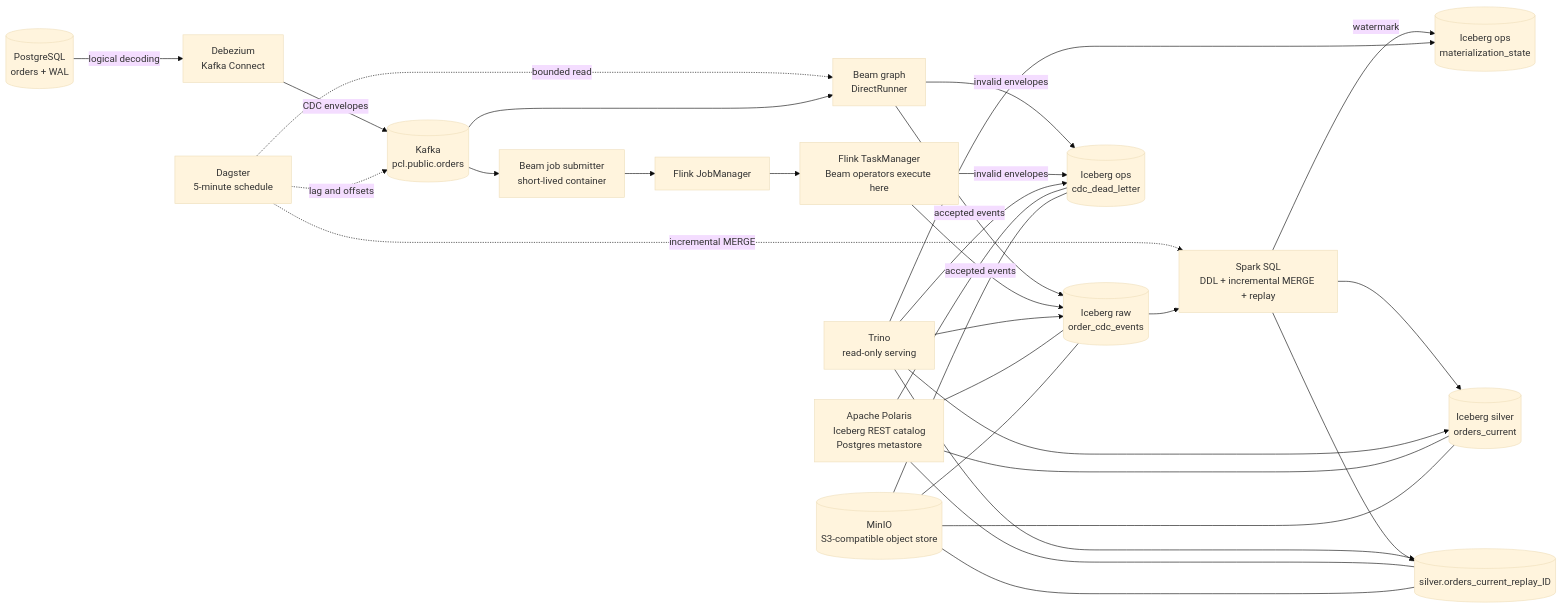
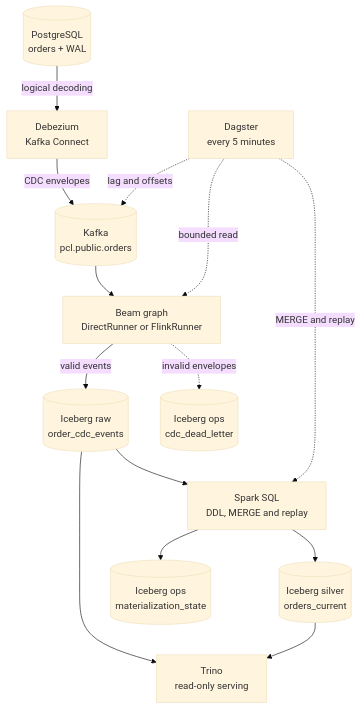
The first of 2 diagrams in README.md (sergio11/portable_cdc_lakehouse_poc), drawn with Mermaid (base theme) before and after one commit. The commit also changed other lines of this file, not shown here.

Commit message:
docs(readme): simplify the architecture and run diagrams

````diff
--- a/README.md
+++ b/README.md
@@ -50,39 +50,20 @@
 ```mermaid
-flowchart LR
+flowchart TD
     PG[(PostgreSQL<br/>orders + WAL)] -->|logical decoding| DBZ[Debezium<br/>Kafka Connect]
     DBZ -->|CDC envelopes| K[(Kafka<br/>pcl.public.orders)]
+    K --> BEAM[Beam graph<br/>DirectRunner or FlinkRunner]
 
-    DAG[Dagster<br/>5-minute schedule] -.->|bounded read| DIRECT
-    DAG -.->|incremental MERGE| SPARK
-    DAG -.->|lag and offsets| K
+    BEAM -->|valid events| RAW[(Iceberg raw<br/>order_cdc_events)]
+    BEAM -.->|invalid envelopes| DLQ[(Iceberg ops<br/>cdc_dead_letter)]
 
-    K --> DIRECT[Beam graph<br/>DirectRunner]
-    K --> SUBMIT[Beam job submitter<br/>short-lived container]
-    SUBMIT --> JM[Flink JobManager]
-    JM --> TM[Flink TaskManager<br/>Beam operators execute here]
+    RAW --> SPARK[Spark SQL<br/>DDL, MERGE and replay]
+    SPARK --> SILVER[(Iceberg silver<br/>orders_current)]
+    SPARK --> STATE[(Iceberg ops<br/>materialization_state)]
 
-    DIRECT -->|accepted events| RAW[(Iceberg raw<br/>order_cdc_events)]
-    TM -->|accepted events| RAW
-    DIRECT -->|invalid envelopes| DLQ[(Iceberg ops<br/>cdc_dead_letter)]
-    TM -->|invalid envelopes| DLQ
+    RAW --> TRINO[Trino<br/>read-only serving]
+    SILVER --> TRINO
 
-    RAW --> SPARK[Spark SQL<br/>DDL + incremental MERGE + replay]
-    SPARK -->|watermark| STATE[(Iceberg ops<br/>materialization_state)]
-    SPARK --> SILVER[(Iceberg silver<br/>orders_current)]
-    SPARK --> REPLAY_TABLE[(silver.orders_current_replay_ID)]
-
-    TRINO[Trino<br/>read-only serving] --> RAW
-    TRINO --> DLQ
-    TRINO --> SILVER
-    TRINO --> STATE
-    TRINO --> REPLAY_TABLE
-
-    POL[Apache Polaris<br/>Iceberg REST catalog<br/>Postgres metastore] --- RAW
-    POL --- DLQ
-    POL --- SILVER
-    POL --- REPLAY_TABLE
-    MINIO[(MinIO<br/>S3-compatible object store)] --- RAW
-    MINIO --- DLQ
-    MINIO --- SILVER
-    MINIO --- REPLAY_TABLE
+    DAG[Dagster<br/>every 5 minutes] -.->|lag and offsets| K
+    DAG -.->|bounded read| BEAM
+    DAG -.->|MERGE and replay| SPARK
 ```
````
